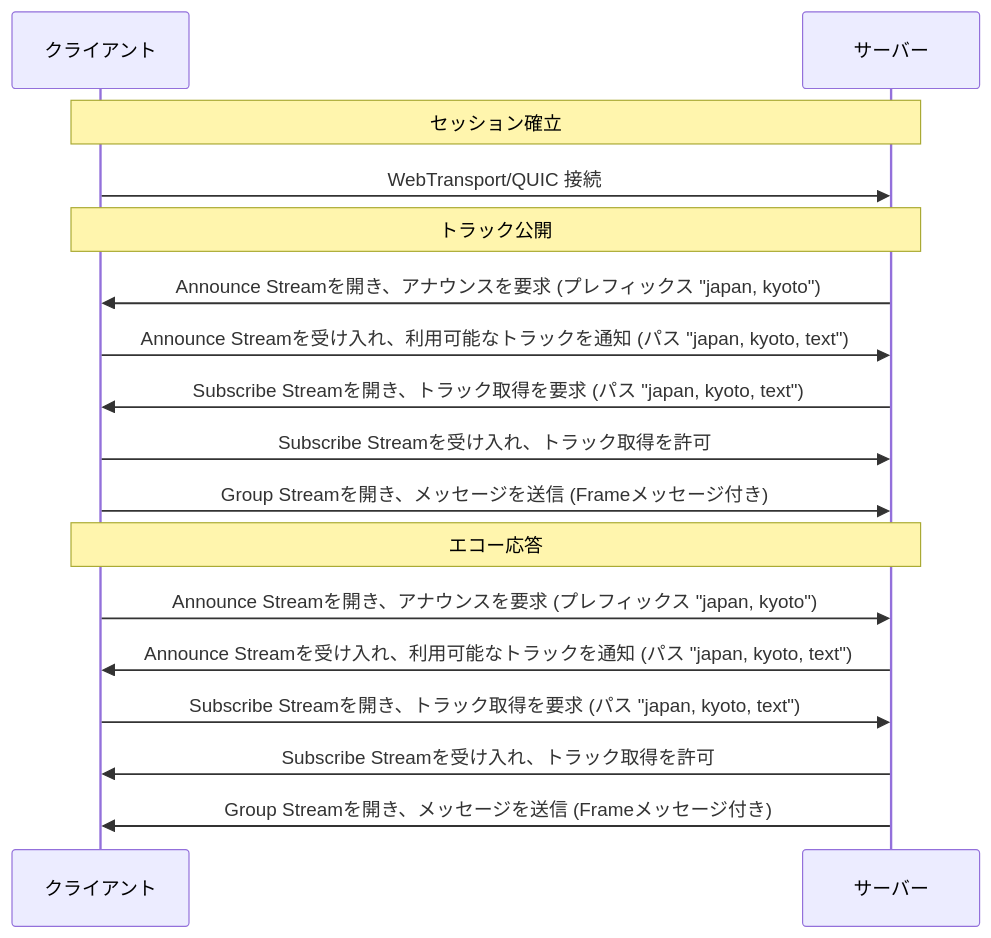
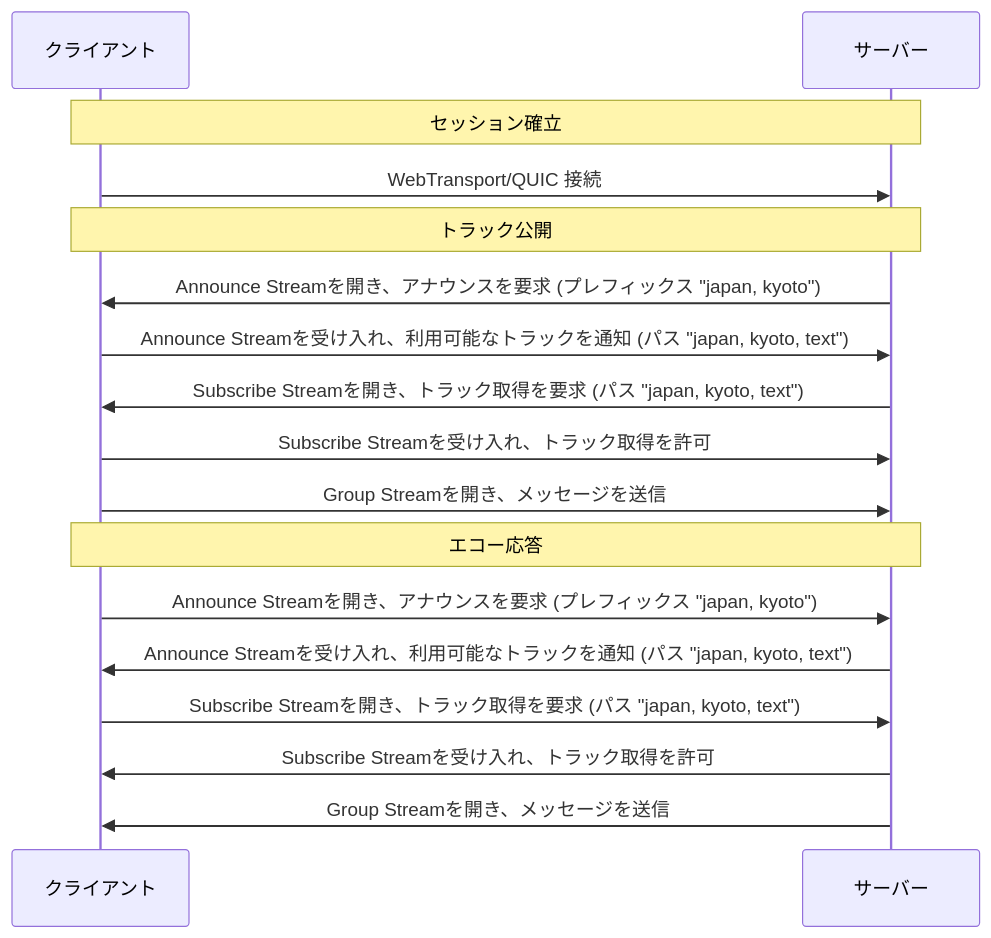
The diagram in examples/echo/README.ja.md (OkutaniDaichi0106/gomoqt), drawn with Mermaid before and after one commit. The commit also changed 3 other files, not shown here.

````diff
--- a/examples/echo/README.ja.md
+++ b/examples/echo/README.ja.md
@@ -11,22 +11,22 @@
 ```mermaid
 sequenceDiagram
     participant C as クライアント
     participant S as サーバー
 
     Note over C,S: セッション確立
     C->>S: WebTransport/QUIC 接続
 
     Note over C,S: トラック公開
     S->>C: Announce Streamを開き、アナウンスを要求 (プレフィックス "japan, kyoto")
     C->>S: Announce Streamを受け入れ、利用可能なトラックを通知 (パス "japan, kyoto, text")
     S->>C: Subscribe Streamを開き、トラック取得を要求 (パス "japan, kyoto, text")
     C->>S: Subscribe Streamを受け入れ、トラック取得を許可
-    C->>S: Group Streamを開き、メッセージを送信 (Frameメッセージ付き)
+    C->>S: Group Streamを開き、メッセージを送信
 
     Note over C,S: エコー応答
     C->>S: Announce Streamを開き、アナウンスを要求 (プレフィックス "japan, kyoto")
     S->>C: Announce Streamを受け入れ、利用可能なトラックを通知 (パス "japan, kyoto, text")
     C->>S: Subscribe Streamを開き、トラック取得を要求 (パス "japan, kyoto, text")
     S->>C: Subscribe Streamを受け入れ、トラック取得を許可
-    S->>C: Group Streamを開き、メッセージを送信 (Frameメッセージ付き)
+    S->>C: Group Streamを開き、メッセージを送信
 ```
````
